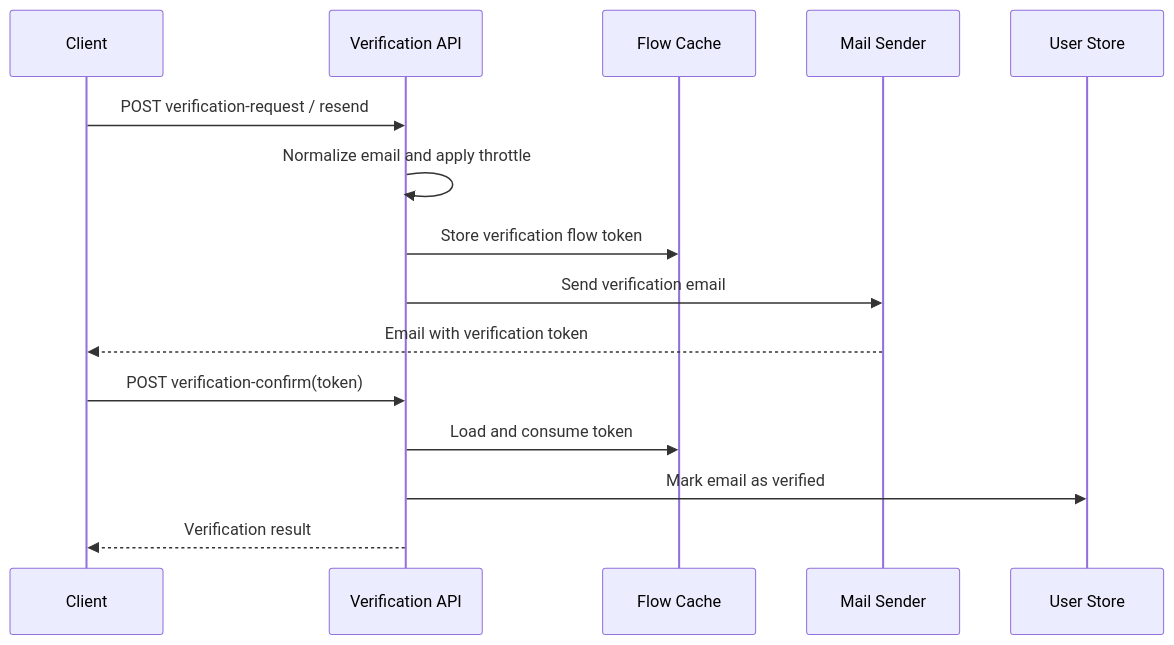
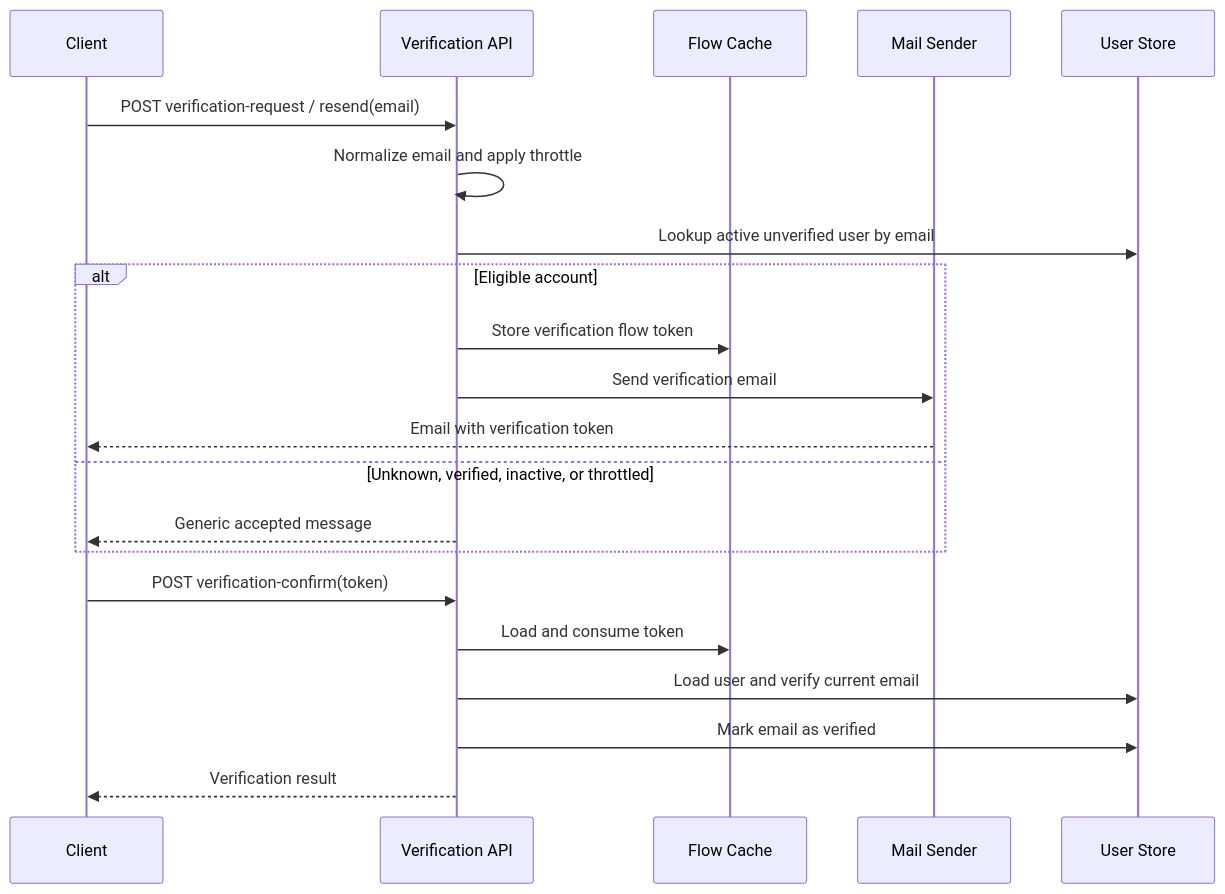
Before and after one commit to hydroan/gst: the second of 4 diagrams in module/iam/email_interfaces.md, drawn with Mermaid. The commit also changed other lines of this file, not shown here.

Commit message:
docs(module/iam): clarify email interface behavior

````diff
--- a/module/iam/email_interfaces.md
+++ b/module/iam/email_interfaces.md
@@ -53,18 +55,24 @@
 ```mermaid
 sequenceDiagram
     participant Client
     participant API as Verification API
     participant Cache as Flow Cache
     participant Mail as Mail Sender
     participant User as User Store
 
-    Client->>API: POST verification-request / resend
+    Client->>API: POST verification-request / resend(email)
     API->>API: Normalize email and apply throttle
-    API->>Cache: Store verification flow token
-    API->>Mail: Send verification email
-    Mail-->>Client: Email with verification token
+    API->>User: Lookup active unverified user by email
+    alt Eligible account
+        API->>Cache: Store verification flow token
+        API->>Mail: Send verification email
+        Mail-->>Client: Email with verification token
+    else Unknown, verified, inactive, or throttled
+        API-->>Client: Generic accepted message
+    end
     Client->>API: POST verification-confirm(token)
     API->>Cache: Load and consume token
+    API->>User: Load user and verify current email
     API->>User: Mark email as verified
     API-->>Client: Verification result
 ```
````
